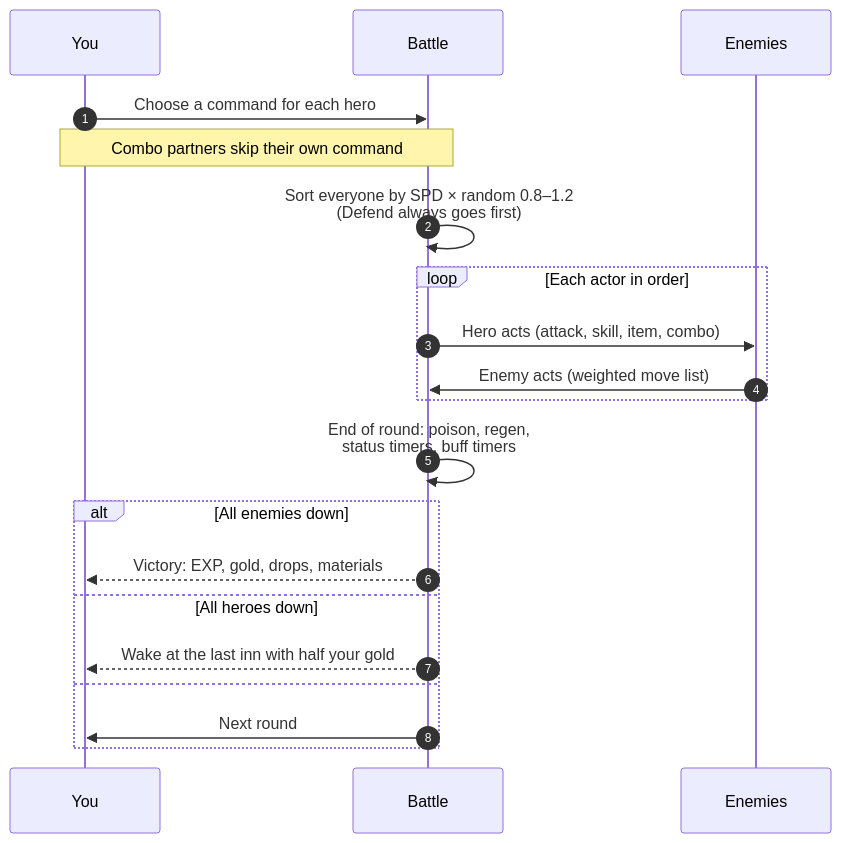
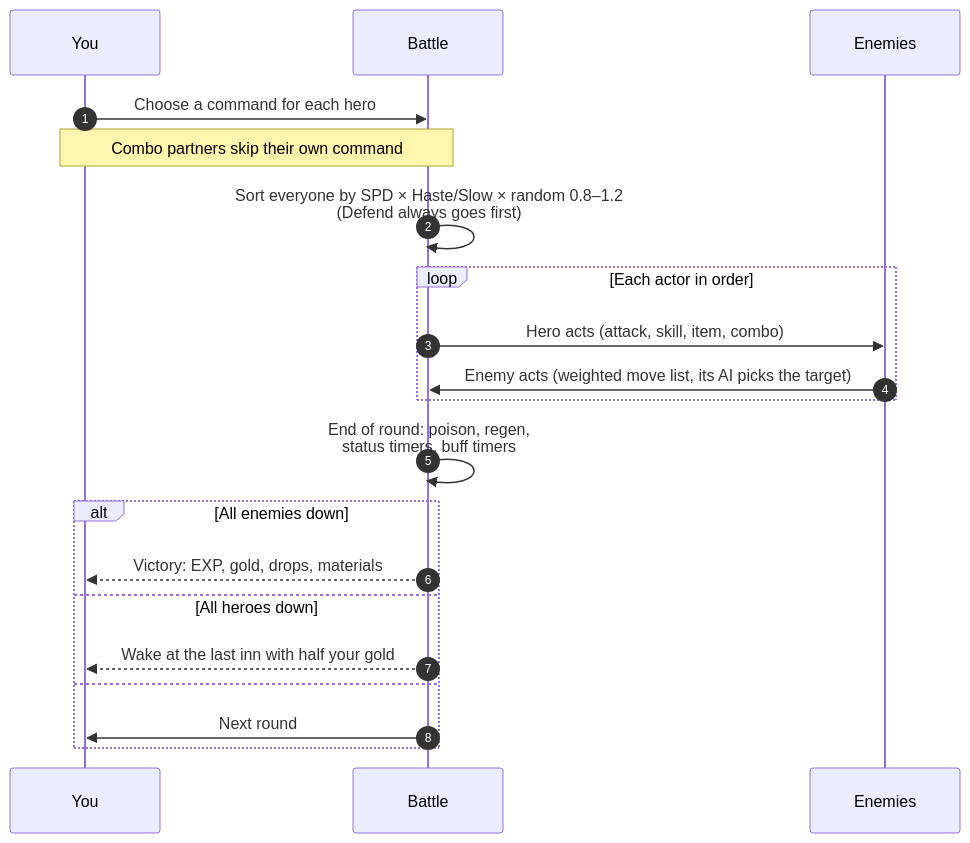
Before and after one commit to CptNope/Laternfall: the fifth of 11 diagrams in docs/GAME_GUIDE.md, drawn with Mermaid. The commit also changed other lines of this file and 19 other files, not shown here.

````diff
--- a/docs/GAME_GUIDE.md
+++ b/docs/GAME_GUIDE.md
@@ -384,22 +389,22 @@
 ```mermaid
 sequenceDiagram
     autonumber
     participant Y as You
     participant B as Battle
     participant E as Enemies
     Y->>B: Choose a command for each hero
     Note over Y,B: Combo partners skip their own command
-    B->>B: Sort everyone by SPD × random 0.8–1.2<br/>(Defend always goes first)
+    B->>B: Sort everyone by SPD × Haste/Slow × random 0.8–1.2<br/>(Defend always goes first)
     loop Each actor in order
         B->>E: Hero acts (attack, skill, item, combo)
-        E->>B: Enemy acts (weighted move list)
+        E->>B: Enemy acts (weighted move list, its AI picks the target)
     end
     B->>B: End of round: poison, regen,<br/>status timers, buff timers
     alt All enemies down
         B-->>Y: Victory: EXP, gold, drops, materials
     else All heroes down
         B-->>Y: Wake at the last inn with half your gold
     else
         B->>Y: Next round
     end
 ```
````
